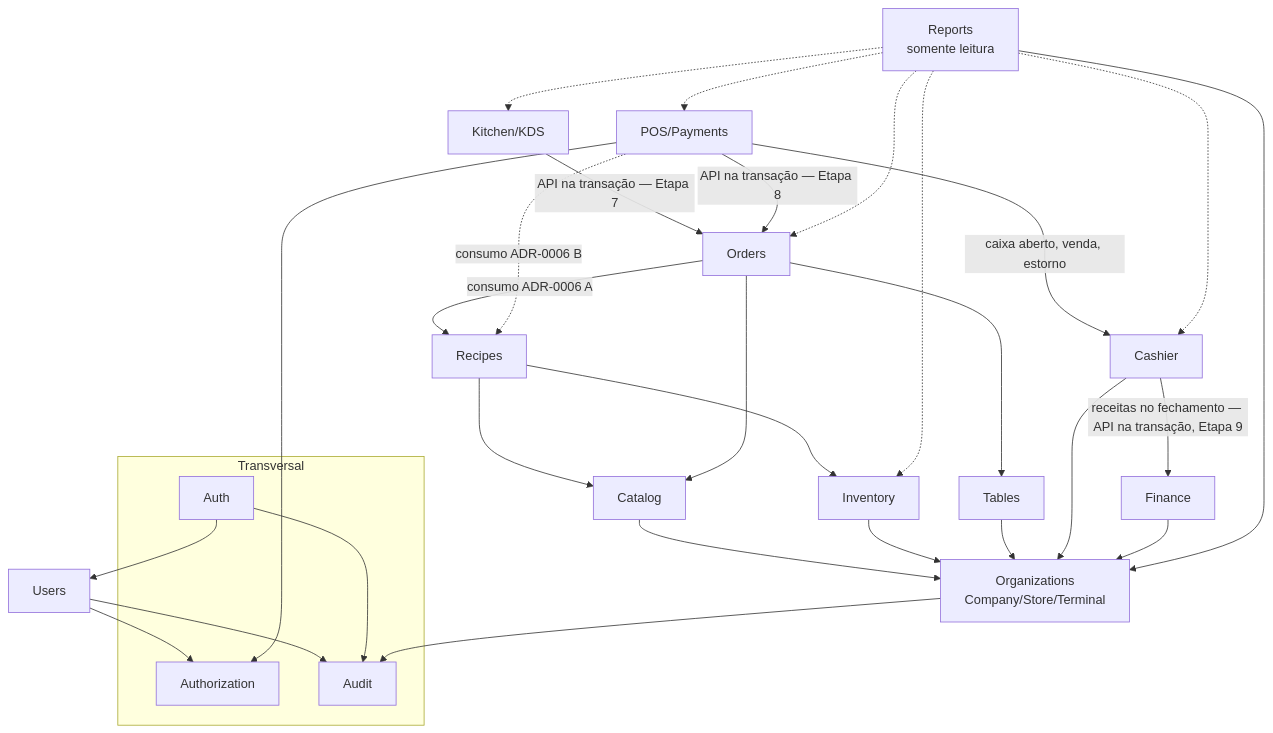
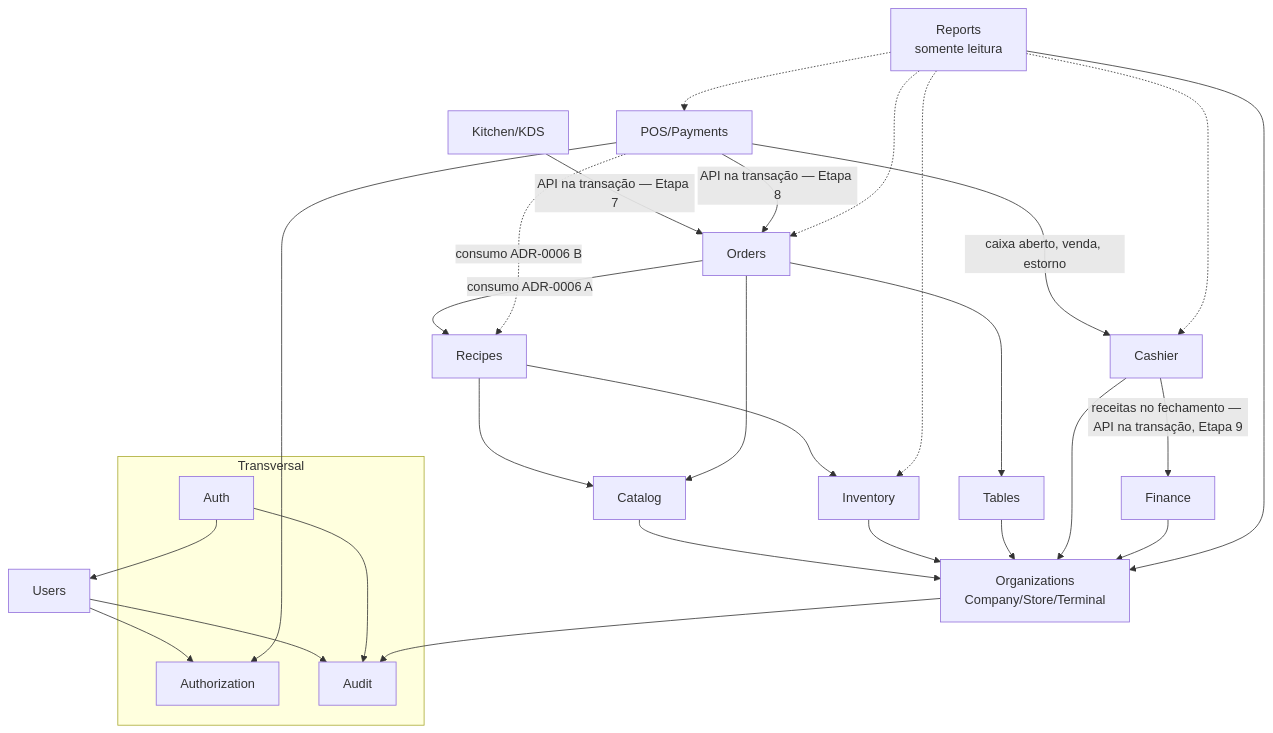
The second of 2 diagrams in maps/modules/dependencias.md (marlonerick/erp-mesa-restaurante), drawn with Mermaid before and after one commit. The commit also changed other lines of this file and 25 other files, not shown here.

````diff
--- a/maps/modules/dependencias.md
+++ b/maps/modules/dependencias.md
@@ -76,42 +76,41 @@
 ```mermaid
 flowchart TD
   subgraph Transversal
     AUTH[Auth]
     AUTHZ[Authorization]
     AUDIT[Audit]
   end
 
   USERS[Users] --> AUTHZ
   USERS --> AUDIT
   AUTH --> USERS
   AUTH --> AUDIT
   ORG[Organizations<br/>Company/Store/Terminal] --> AUDIT
 
   CAT[Catalog] --> ORG
   INV[Inventory] --> ORG
   REC[Recipes] --> CAT
   REC --> INV
 
   TAB[Tables] --> ORG
   ORD[Orders] --> CAT
   ORD --> TAB
   ORD -->|consumo ADR-0006 A| REC
 
   KIT[Kitchen/KDS] -->|API na transação — Etapa 7| ORD
 
   CASH[Cashier] --> ORG
   PAY[POS/Payments] -->|API na transação — Etapa 8| ORD
   PAY -->|caixa aberto, venda, estorno| CASH
   PAY --> AUTHZ
   PAY -.->|consumo ADR-0006 B| REC
 
   FIN[Finance] --> ORG
   CASH -->|receitas no fechamento — API na transação, Etapa 9| FIN
 
   REP[Reports<br/>somente leitura] -.-> ORD
   REP -.-> PAY
   REP -.-> CASH
   REP -.-> INV
-  REP -.-> KIT
   REP --> ORG
 ```
````
